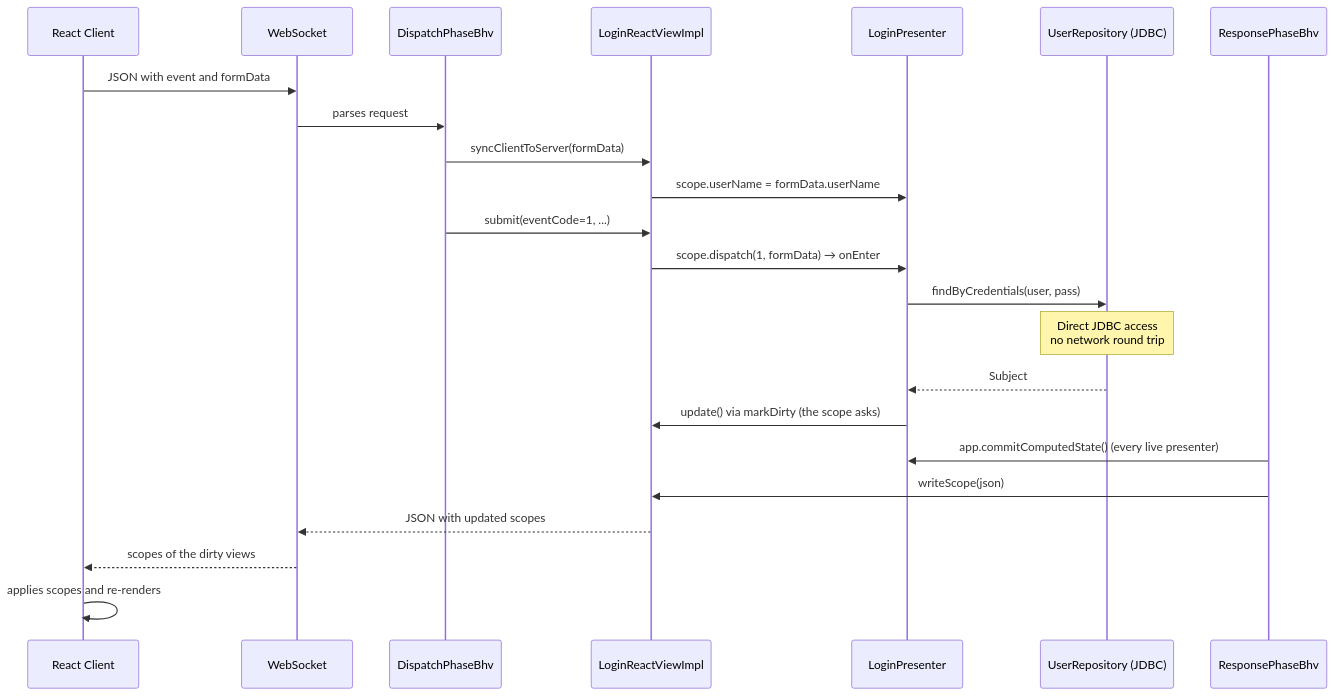
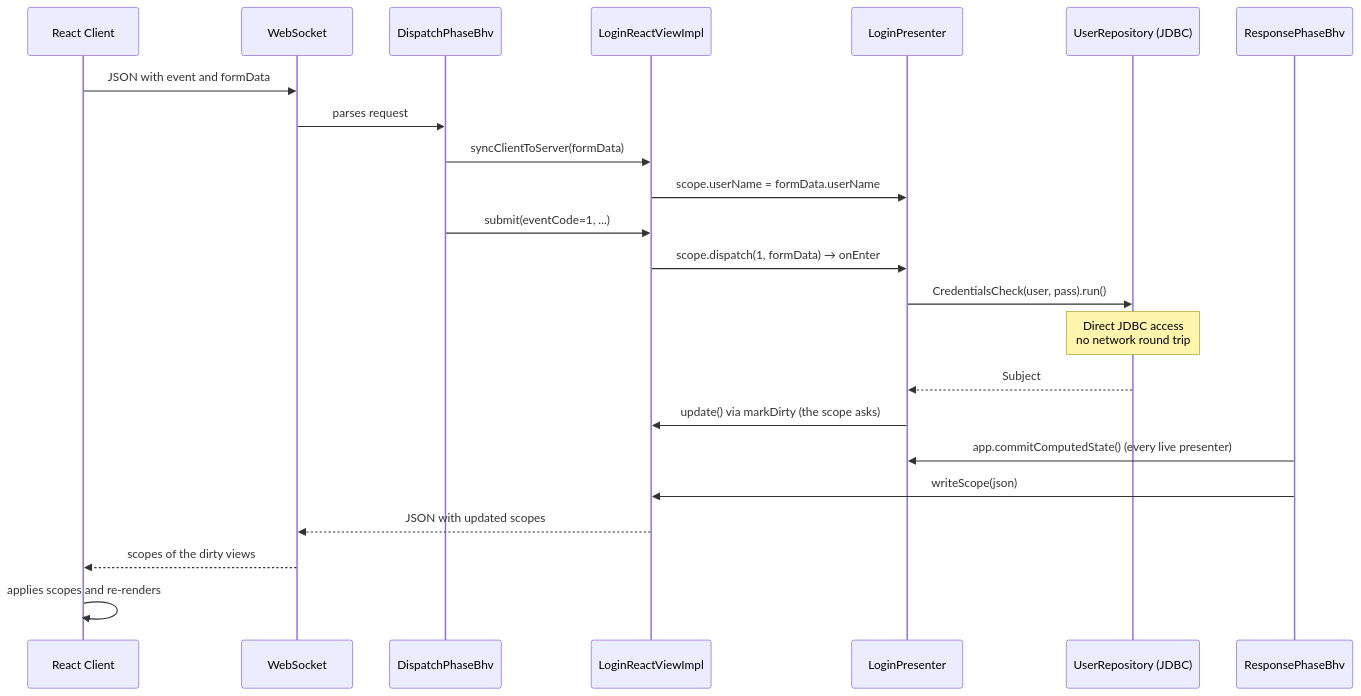
Before and after one commit to mrcdom/wdc-cube-kotlin: the fourth of 9 diagrams in docs/architecture-react.md, drawn with Mermaid. The commit also changed other lines of this file and 35 other files, not shown here.

````diff
--- a/docs/architecture-react.md
+++ b/docs/architecture-react.md
@@ -127,26 +127,26 @@
 ```mermaid
 sequenceDiagram
     participant Browser as React Client
     participant WS as WebSocket
     participant Dispatch as DispatchPhaseBhv
     participant ViewImpl as LoginReactViewImpl
     participant Presenter as LoginPresenter
     participant Repo as UserRepository (JDBC)
     participant Response as ResponsePhaseBhv
 
     Browser->>WS: JSON with event and formData
     WS->>Dispatch: parses request
     Dispatch->>ViewImpl: syncClientToServer(formData)
     ViewImpl->>Presenter: scope.userName = formData.userName
     Dispatch->>ViewImpl: submit(eventCode=1, ...)
     ViewImpl->>Presenter: scope.dispatch(1, formData) → onEnter
-    Presenter->>Repo: findByCredentials(user, pass)
+    Presenter->>Repo: CredentialsCheck(user, pass).run()
     Note over Repo: Direct JDBC access<br/>no network round trip
     Repo-->>Presenter: Subject
     Presenter->>ViewImpl: update() via markDirty (the scope asks)
     Response->>Presenter: app.commitComputedState() (every live presenter)
     Response->>ViewImpl: writeScope(json)
     ViewImpl-->>WS: JSON with updated scopes
     WS-->>Browser: scopes of the dirty views
     Browser->>Browser: applies scopes and re-renders
 ```
````
